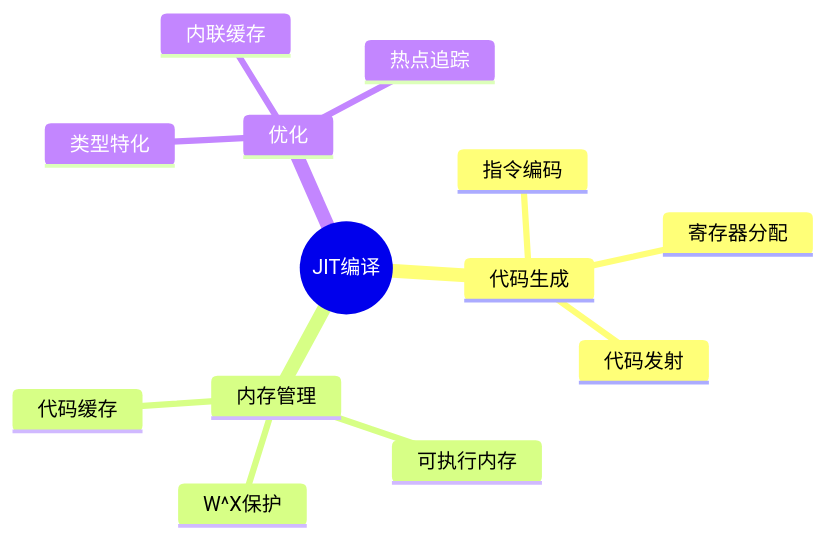
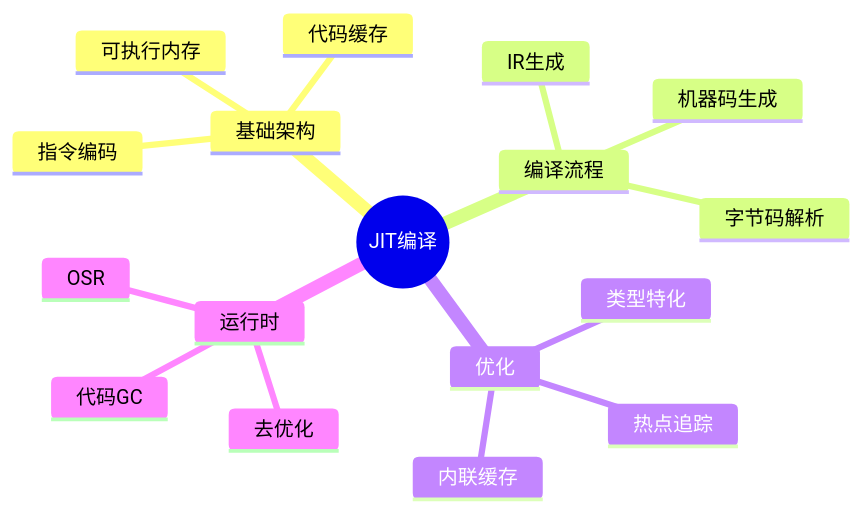
The diagram in knowledge/05_Deep_Structure_MetaPhysics/04_Self_Modifying_Code/01_JIT_Basics.md (AdaMartin18010/C_Lang), drawn with Mermaid before and after one commit. The commit also changed other lines of this file and 8 other files, not shown here.

````diff
--- a/knowledge/05_Deep_Structure_MetaPhysics/04_Self_Modifying_Code/01_JIT_Basics.md
+++ b/knowledge/05_Deep_Structure_MetaPhysics/04_Self_Modifying_Code/01_JIT_Basics.md
@@ -23,16 +23,20 @@
 ```mermaid
 mindmap
   root((JIT编译))
-    代码生成
+    基础架构
+      可执行内存
+      代码缓存
       指令编码
-      寄存器分配
-      代码发射
-    内存管理
-      可执行内存
-      W^X保护
-      代码缓存
+    编译流程
+      字节码解析
+      IR生成
+      机器码生成
     优化
       类型特化
       内联缓存
       热点追踪
+    运行时
+      去优化
+      OSR
+      代码GC
 ```
````
